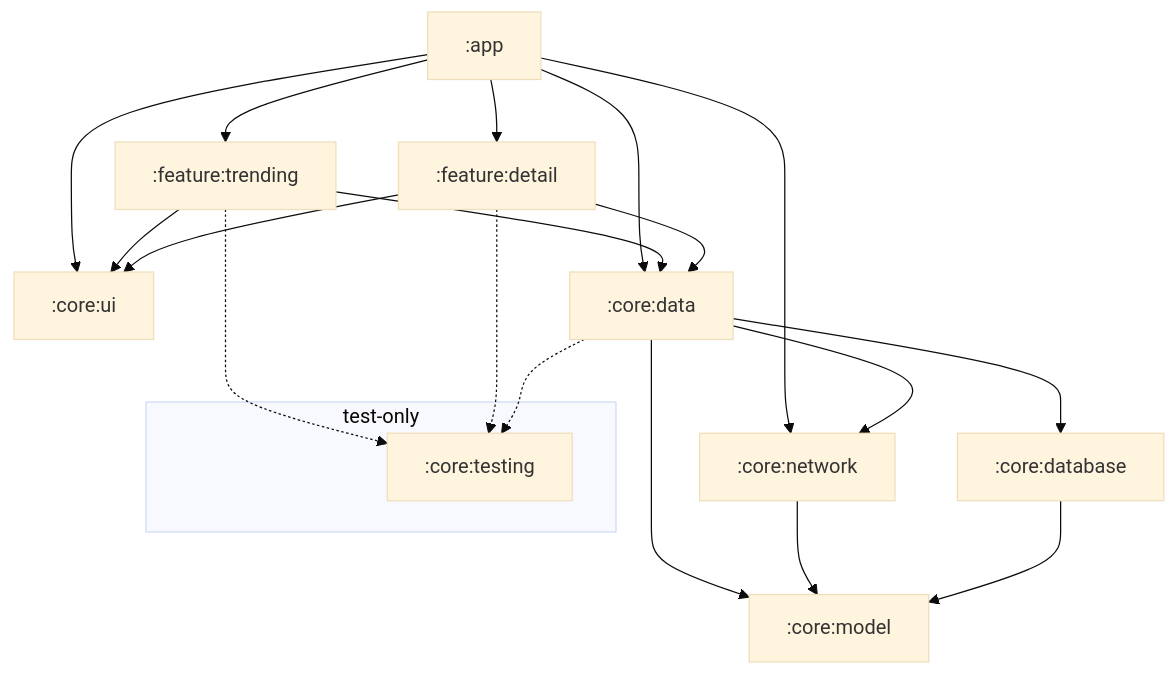
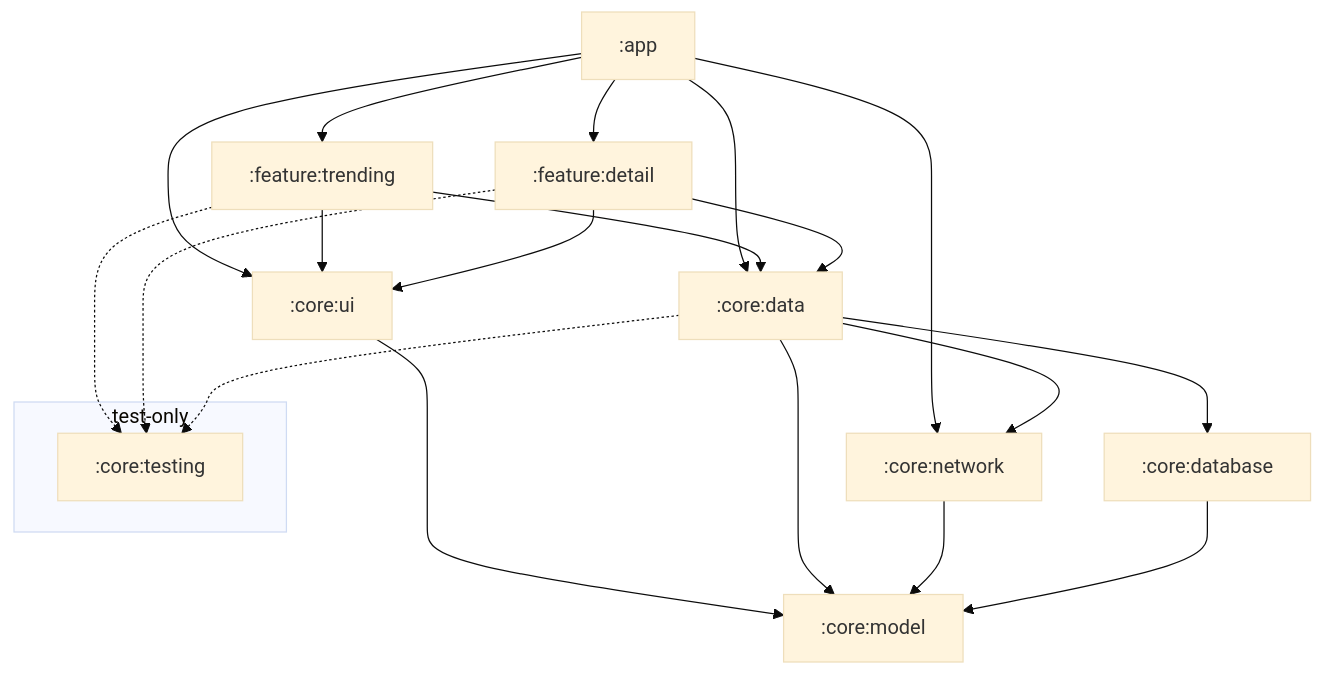
The first of 3 diagrams in docs/architecture.md (shayanhimself/AMRO), drawn with Mermaid (base theme) before and after one commit. The commit also changed other lines of this file and 66 other files, not shown here.

````diff
--- a/docs/architecture.md
+++ b/docs/architecture.md
@@ -12,38 +12,40 @@
 ```mermaid
 graph TD
     app[":app"]
 
     trending[":feature:trending"]
     detail[":feature:detail"]
 
     ui[":core:ui"]
     data[":core:data"]
     network[":core:network"]
     database[":core:database"]
     model[":core:model"]
 
     subgraph TESTONLY["test-only"]
         coreTest[":core:testing"]
     end
 
     app --> trending
     app --> detail
     app --> ui
     app --> data
     app --> network
 
     trending --> ui
     trending --> data
     detail --> ui
     detail --> data
 
+    ui --> model
+
     data --> network
     data --> database
     data --> model
     network --> model
     database --> model
 
     trending -.-> coreTest
     detail -.-> coreTest
     data -.-> coreTest
 ```
````
